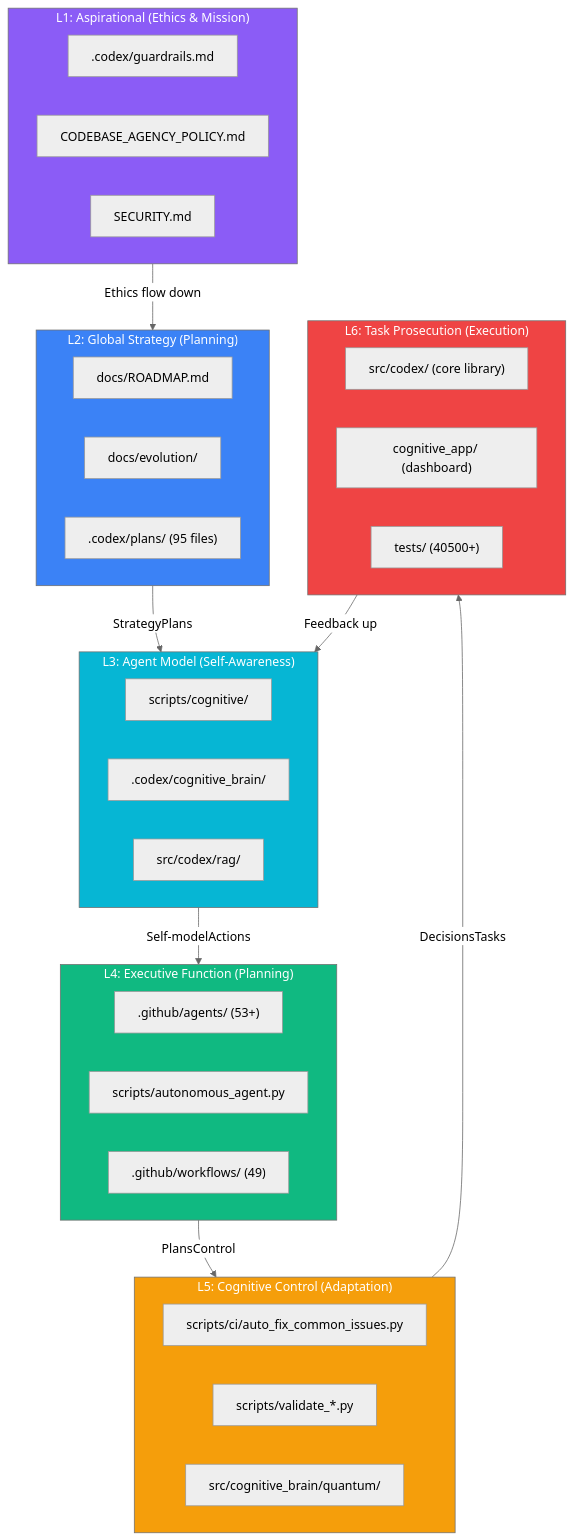
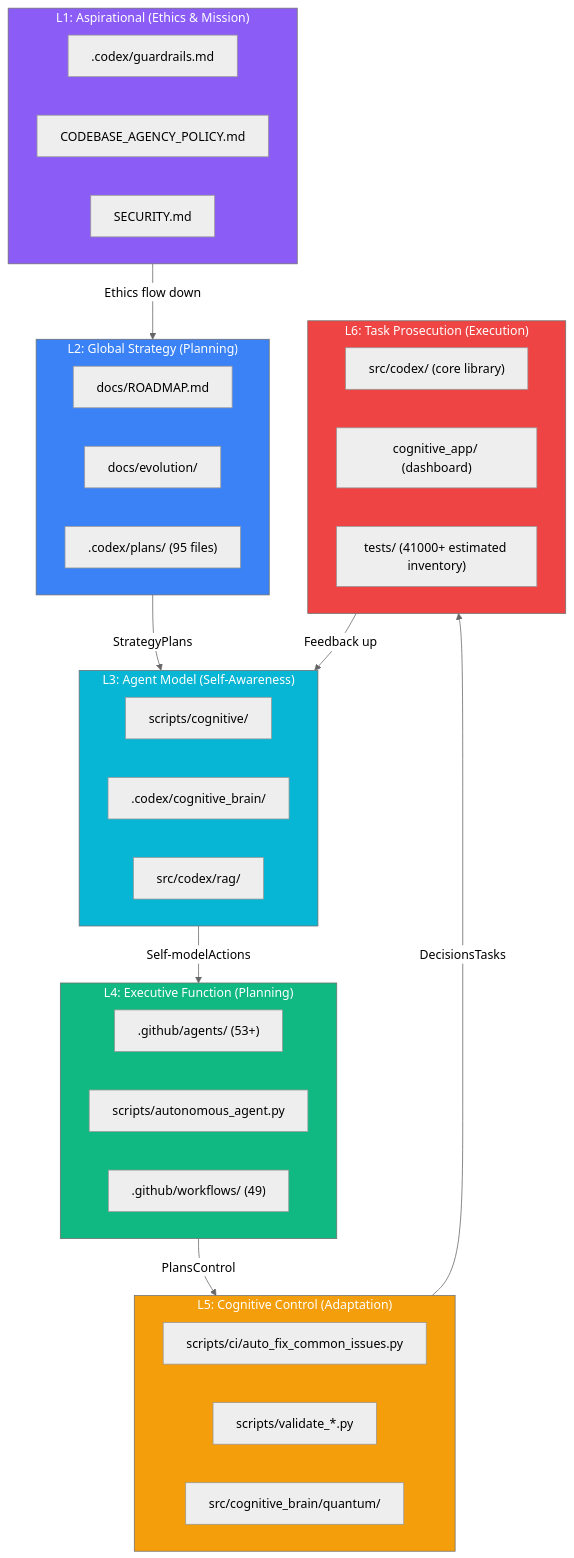
Before and after one commit to Aries-Serpent/_codex_: the diagram in docs/evolution/COGNITIVE_CODEBASE_MAP.md, drawn with Mermaid (neutral theme). The commit also changed other lines of this file and 1196 other files, not shown here.

````diff
--- a/docs/evolution/COGNITIVE_CODEBASE_MAP.md
+++ b/docs/evolution/COGNITIVE_CODEBASE_MAP.md
@@ -14,59 +14,59 @@
 ```mermaid
 %%{init: {'accessibility': {'title': 'Flowchart showing "L1: Aspirational (Ethics & Mission)", ".codex/guardrails.md"'}}%%
 
 graph TD
  subgraph L1["L1: Aspirational (Ethics & Mission)"]
  E1[".codex/guardrails.md"]
  E2["CODEBASE_AGENCY_POLICY.md"]
  E3["SECURITY.md"]
  end
 
  subgraph L2["L2: Global Strategy (Planning)"]
  S1["docs/ROADMAP.md"]
  S2["docs/evolution/"]
  S3[".codex/plans/ (95 files)"]
  end
 
  subgraph L3["L3: Agent Model (Self-Awareness)"]
  M1["scripts/cognitive/"]
  M2[".codex/cognitive_brain/"]
  M3["src/codex/rag/"]
  end
 
  subgraph L4["L4: Executive Function (Planning)"]
  X1[".github/agents/ (53+)"]
  X2["scripts/autonomous_agent.py"]
  X3[".github/workflows/ (49)"]
  end
 
  subgraph L5["L5: Cognitive Control (Adaptation)"]
  C1["scripts/ci/auto_fix_common_issues.py"]
  C2["scripts/validate_*.py"]
  C3["src/cognitive_brain/quantum/"]
  end
 
  subgraph L6["L6: Task Prosecution (Execution)"]
  T1["src/codex/ (core library)"]
  T2["cognitive_app/ (dashboard)"]
- T3["tests/ (40500+)"]
+ T3["tests/ (41000+ estimated inventory)"]
  end
 
  L1 -->|"Ethics flow down"| L2
 
  L2 -->|"StrategyPlans"| L3
 
  L3 -->|"Self-modelActions"| L4
 
  L4 -->|"PlansControl"| L5
 
  L5 -->|"DecisionsTasks"| L6
 
  L6 -->|"Feedback up"| L3
 
  style L1 fill:#8b5cf6,color:#fff
  style L2 fill:#3b82f6,color:#fff
  style L3 fill:#06b6d4,color:#fff
  style L4 fill:#10b981,color:#fff
  style L5 fill:#f59e0b,color:#fff
  style L6 fill:#ef4444,color:#fff
 ```
````
